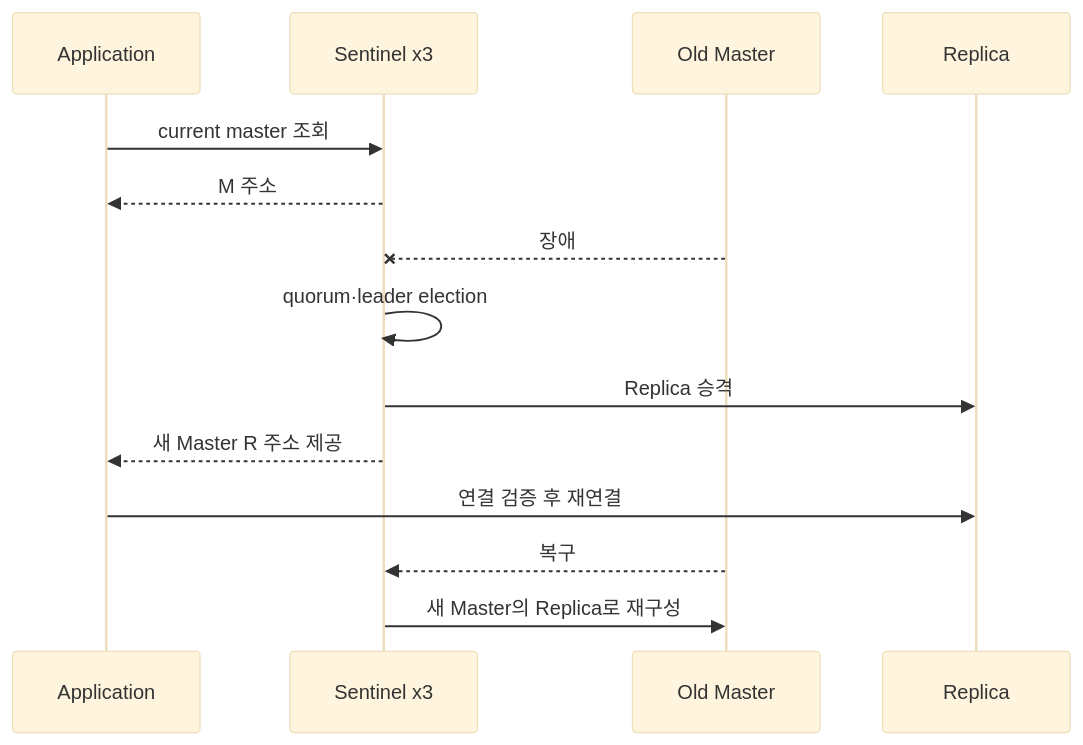
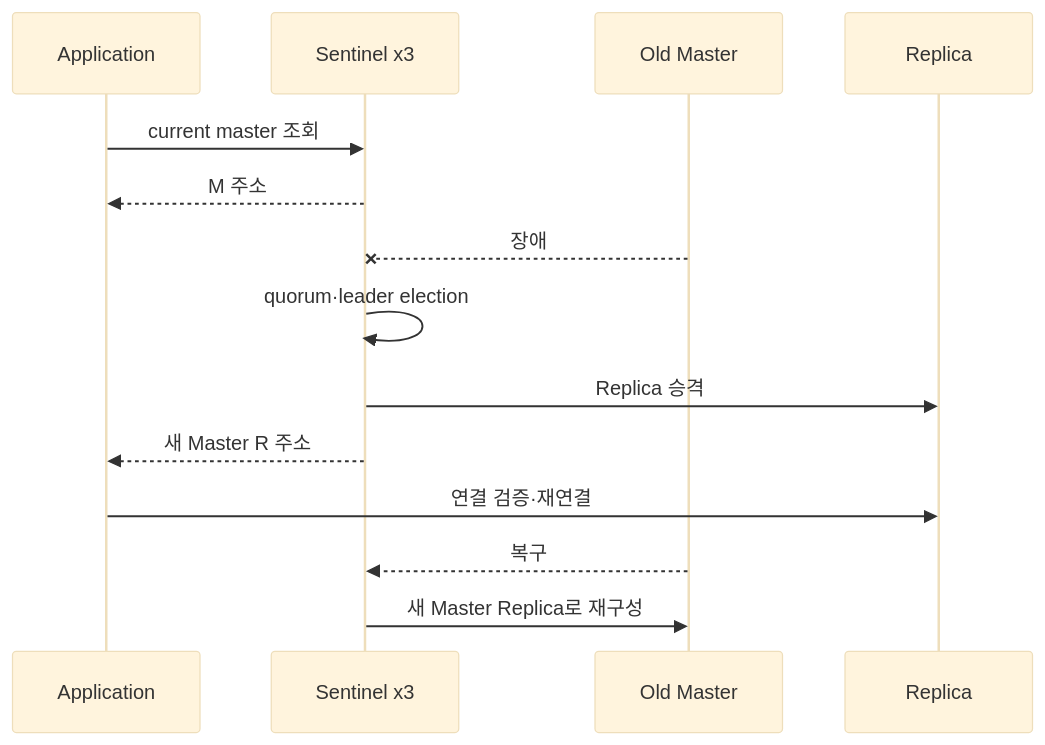
The fourth of 4 diagrams in docs/00_SOFTWARE_ARCHITECTURE.md (hyeonseung-dev/coffee-order-system), drawn with Mermaid (base theme) before and after one commit. The commit also changed other lines of this file, not shown here.

````diff
--- a/docs/00_SOFTWARE_ARCHITECTURE.md
+++ b/docs/00_SOFTWARE_ARCHITECTURE.md
@@ -557,17 +440,17 @@
 ```mermaid
 sequenceDiagram
     participant A as Application
     participant S as Sentinel x3
     participant M as Old Master
     participant R as Replica
 
     A->>S: current master 조회
     S-->>A: M 주소
     M--xS: 장애
     S->>S: quorum·leader election
     S->>R: Replica 승격
-    S-->>A: 새 Master R 주소 제공
-    A->>R: 연결 검증 후 재연결
+    S-->>A: 새 Master R 주소
+    A->>R: 연결 검증·재연결
     M-->>S: 복구
-    S->>M: 새 Master의 Replica로 재구성
+    S->>M: 새 Master Replica로 재구성
 ```
````
